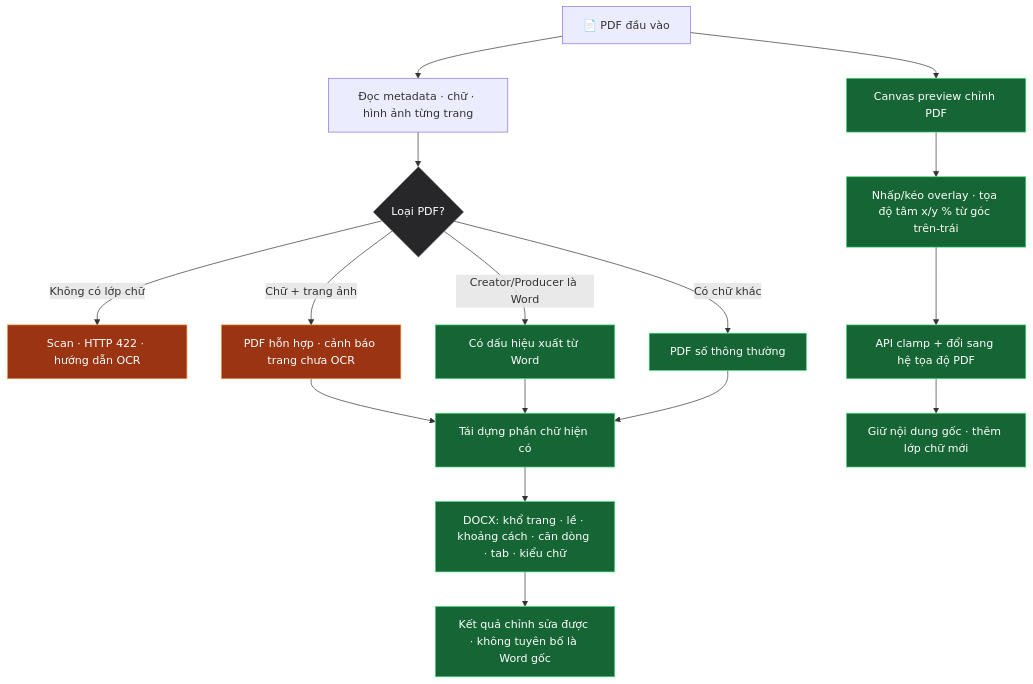
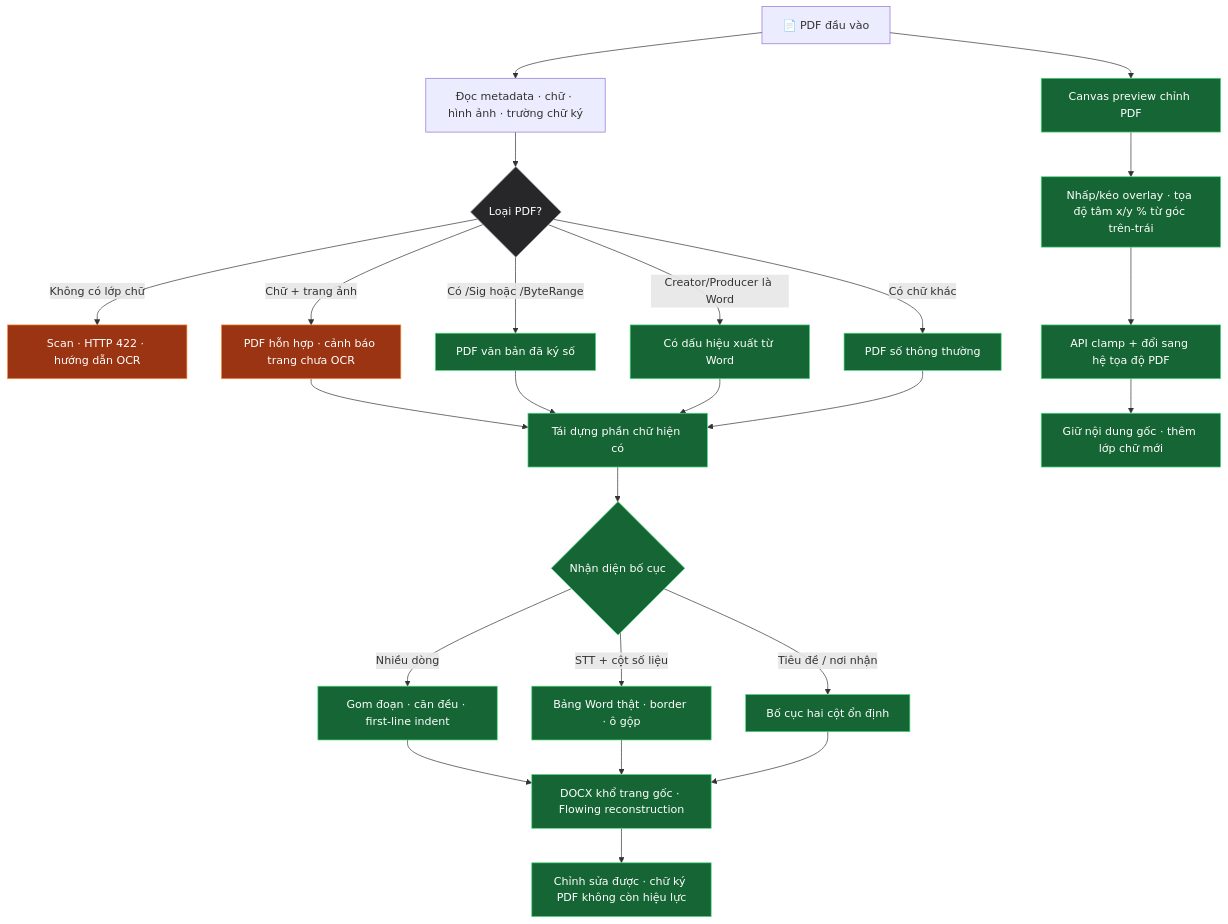
Before and after one commit to phamcongdanh98/Web-tool-ALL: the fourth of 5 diagrams in DIAGRAMS.md, drawn with Mermaid. The commit also changed other lines of this file and 7 other files, not shown here.

Commit message:
Improve signed PDF to Word flow reconstruction

````diff
--- a/DIAGRAMS.md
+++ b/DIAGRAMS.md
@@ -101,26 +101,34 @@
 ```mermaid
 flowchart TD
-    F["📄 PDF đầu vào"] --> M["Đọc metadata · chữ · hình ảnh từng trang"]
+    F["📄 PDF đầu vào"] --> M["Đọc metadata · chữ · hình ảnh · trường chữ ký"]
     M --> K{"Loại PDF?"}
     K -->|"Không có lớp chữ"| S["Scan · HTTP 422 · hướng dẫn OCR"]
     K -->|"Chữ + trang ảnh"| H["PDF hỗn hợp · cảnh báo trang chưa OCR"]
+    K -->|"Có /Sig hoặc /ByteRange"| V["PDF văn bản đã ký số"]
     K -->|"Creator/Producer là Word"| W["Có dấu hiệu xuất từ Word"]
     K -->|"Có chữ khác"| D["PDF số thông thường"]
     H --> R["Tái dựng phần chữ hiện có"]
+    V --> R
     W --> R
     D --> R
-    R --> O["DOCX: khổ trang · lề · khoảng cách · căn dòng · tab · kiểu chữ"]
-    O --> C["Kết quả chỉnh sửa được · không tuyên bố là Word gốc"]
+    R --> T{"Nhận diện bố cục"}
+    T -->|"Nhiều dòng"| B["Gom đoạn · căn đều · first-line indent"]
+    T -->|"STT + cột số liệu"| Q["Bảng Word thật · border · ô gộp"]
+    T -->|"Tiêu đề / nơi nhận"| X["Bố cục hai cột ổn định"]
+    B --> O["DOCX khổ trang gốc · Flowing reconstruction"]
+    Q --> O
+    X --> O
+    O --> C["Chỉnh sửa được · chữ ký PDF không còn hiệu lực"]
 
     F --> P["Canvas preview chỉnh PDF"]
     P --> G["Nhấp/kéo overlay · tọa độ tâm x/y % từ góc trên-trái"]
     G --> A["API clamp + đổi sang hệ tọa độ PDF"]
     A --> L["Giữ nội dung gốc · thêm lớp chữ mới"]
 
     classDef decision fill:#27272a,stroke:#a1a1aa,color:#fff;
     classDef warn fill:#9a3412,stroke:#fb923c,color:#fff;
     classDef ok fill:#166534,stroke:#4ade80,color:#fff;
     class K decision;
     class S,H warn;
-    class W,D,R,O,C,P,G,A,L ok;
+    class V,W,D,R,T,B,Q,X,O,C,P,G,A,L ok;
 ```
````
